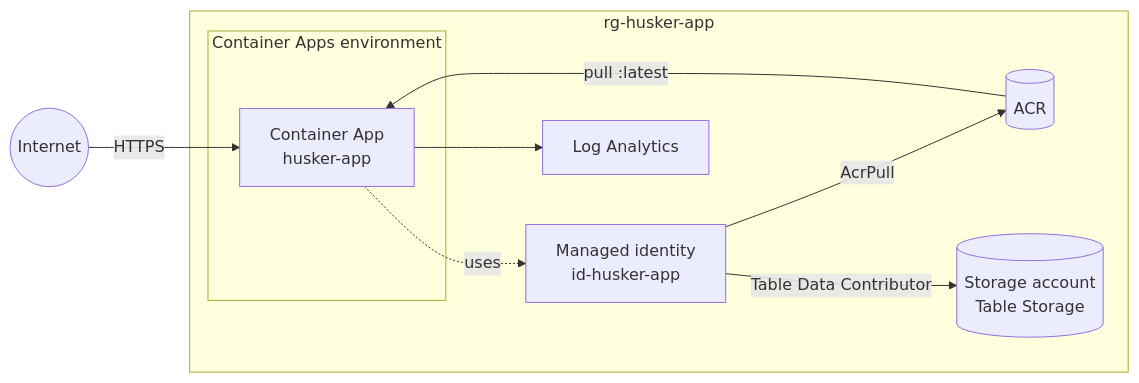
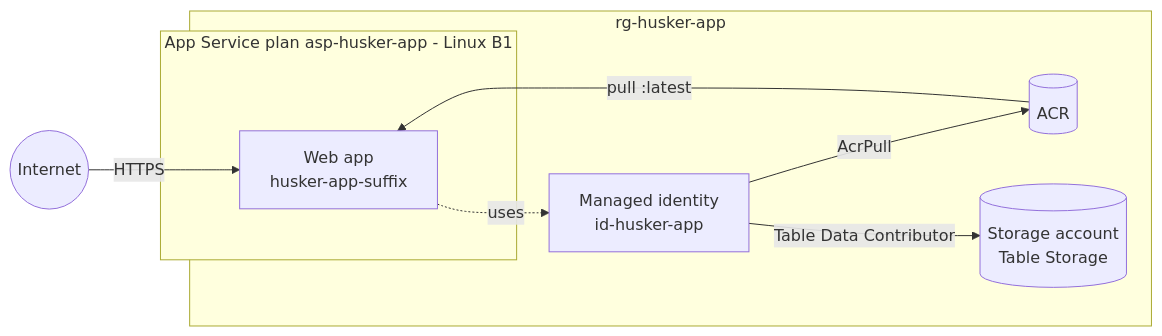
Before and after one commit to kclinden/nebraska-app: the fourth of 4 diagrams in README.md, drawn with Mermaid. The commit also changed other lines of this file and 5 other files, not shown here.

First line of the commit message:
Azure: switch from Container Apps to App Service

````diff
--- a/README.md
+++ b/README.md
@@ -240,18 +241,16 @@
 ```mermaid
 flowchart LR
-    Internet((Internet)) -->|HTTPS| ACA
+    Internet((Internet)) -->|HTTPS| APP
     subgraph RG[rg-husker-app]
-        subgraph CAE[Container Apps environment]
-            ACA[Container App<br/>husker-app]
+        subgraph ASP[App Service plan asp-husker-app - Linux B1]
+            APP[Web app<br/>husker-app-suffix]
         end
         MI[Managed identity<br/>id-husker-app]
         ACR[(ACR)]
         ST[(Storage account<br/>Table Storage)]
-        LAW[Log Analytics]
     end
-    ACA -. uses .-> MI
+    APP -. uses .-> MI
     MI -->|AcrPull| ACR
     MI -->|Table Data Contributor| ST
-    ACR -->|pull :latest| ACA
-    ACA --> LAW
+    ACR -->|pull :latest| APP
 ```
````
